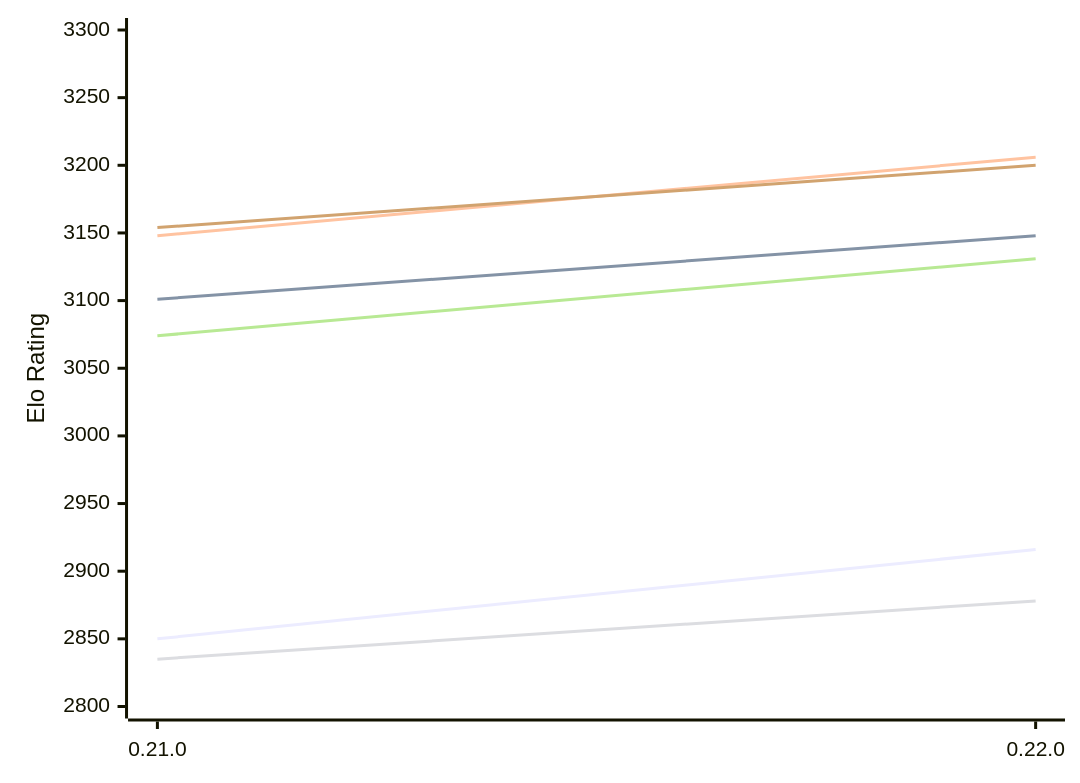
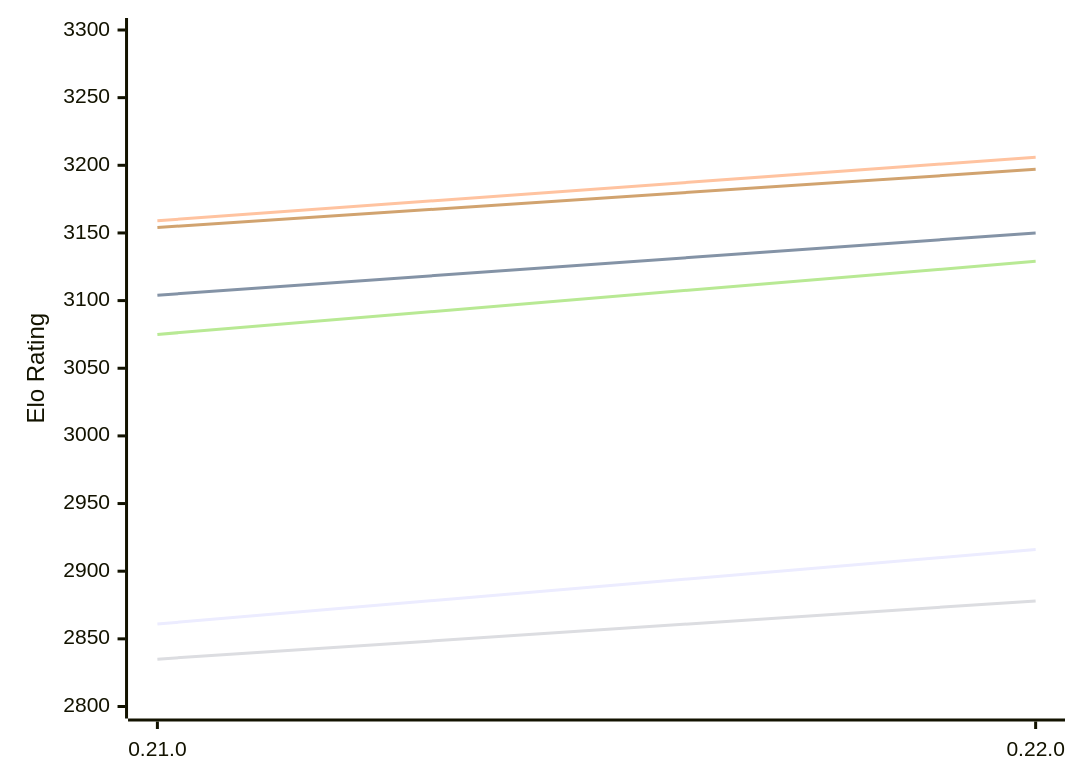
The first of 2 diagrams in engines/Princhess.md (computer-chess-index/cci), drawn with Mermaid before and after one commit. The commit also changed other lines of this file, not shown here.

Commit message:
Update CCI Ratings (ELO VLTC) - 2026-11-27

````diff
--- a/engines/Princhess.md
+++ b/engines/Princhess.md
@@ -50,12 +50,12 @@
 ```mermaid
 %%{init: {"theme":"base","themeVariables":{"seriesColors:['#a3a3a3','#222221','#faa371']}}}%%
 xychart-beta
   x-axis ["0.21.0", "0.22.0"]
   y-axis "Elo Rating" 2800 --> 3300
-  line "E1: STC (8.0+0.08s)" [2850, 2916]
-  line "E1: LTC (60.0+0.60s)" [3101, 3148]
-  line "E1: VLTC (2m24s+1.12s)" [3148, 3206]
+  line "E1: STC (8.0+0.08s)" [2861, 2916]
+  line "E1: LTC (60.0+0.60s)" [3104, 3150]
+  line "E1: VLTC (2m24s+1.12s)" [3159, 3206]
   line "P1: STC (8.0+0.08s)" [2835, 2878]
-  line "P1: LTC (60.0+0.60s)" [3074, 3131]
-  line "P1: VLTC (2m24s+1.12s)" [3154, 3200]
+  line "P1: LTC (60.0+0.60s)" [3075, 3129]
+  line "P1: VLTC (2m24s+1.12s)" [3154, 3197]
 ```
````
